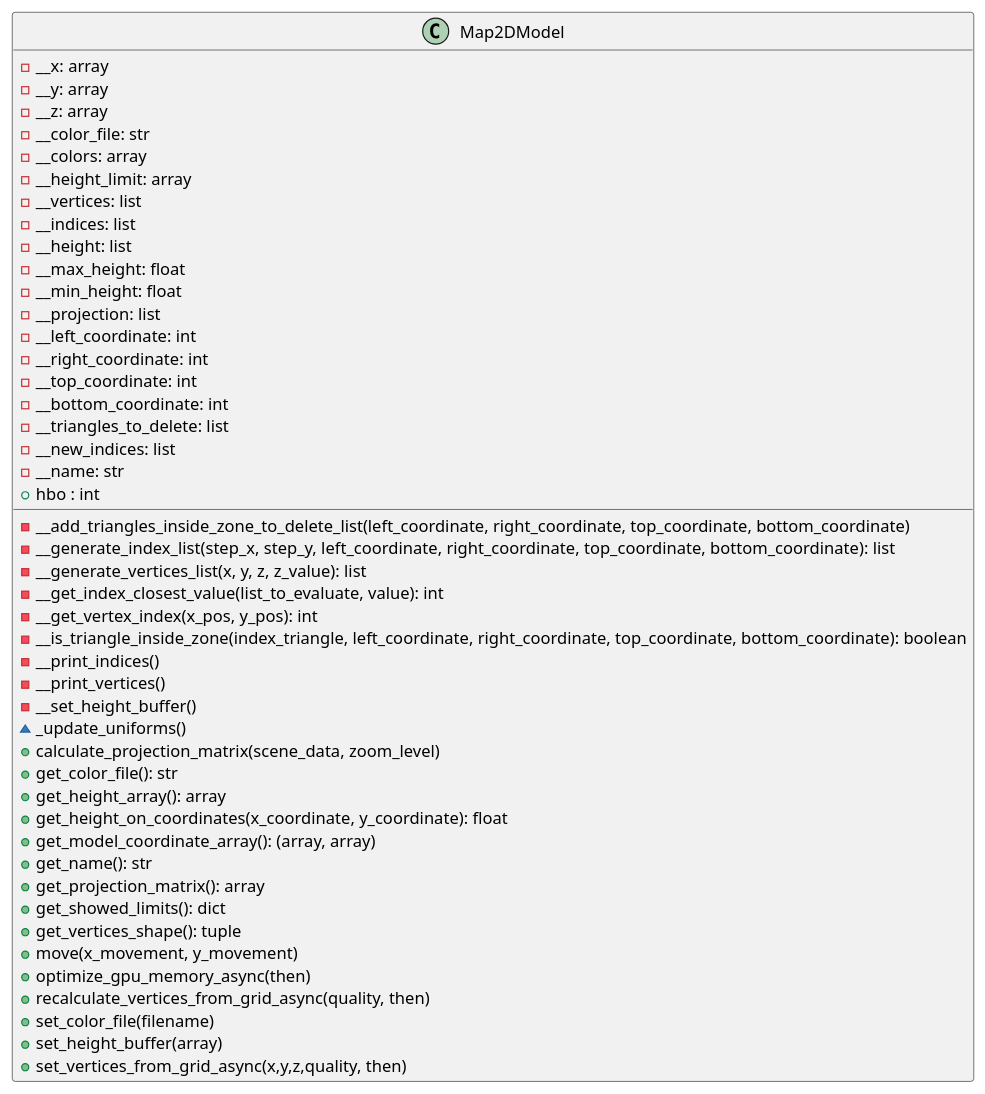
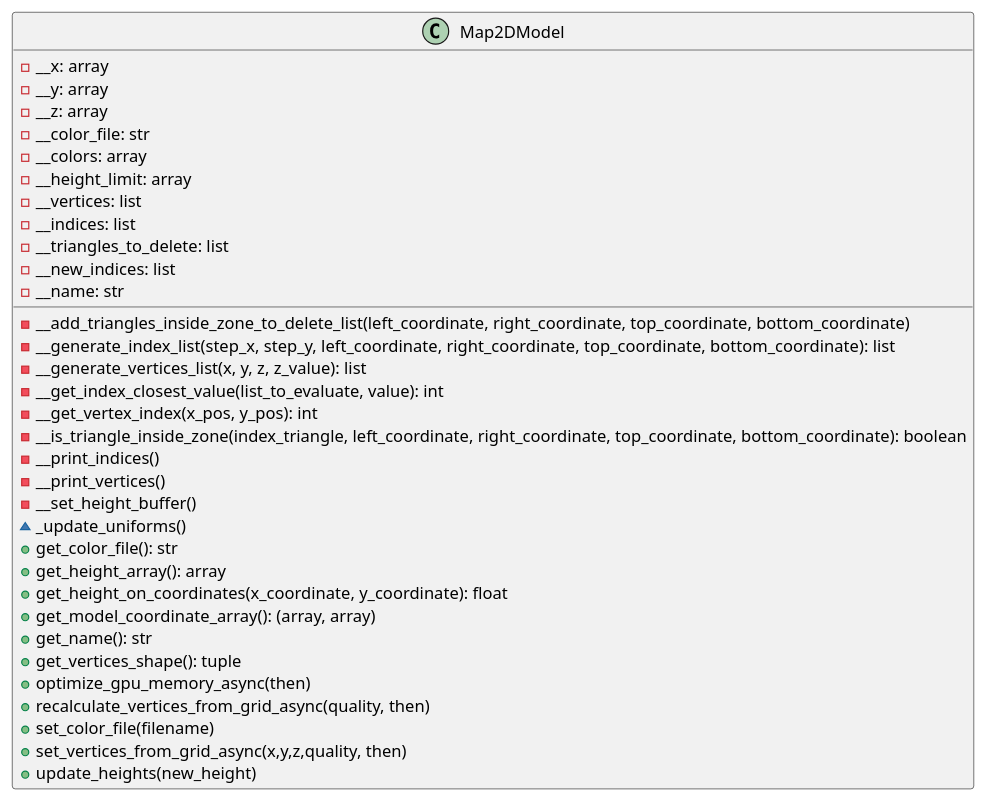
One commit to ferpoble2/Relief_Creator changed the diagram in docs/classes/Map2DModel.puml. Above: the diagram before and after it, drawn with PlantUML. The commit also changed 1 other file, not shown here.

```diff
--- a/docs/classes/Map2DModel.puml
+++ b/docs/classes/Map2DModel.puml
@@ -1,52 +1,38 @@
 @startuml
                 class Map2DModel {
                     - __x: array
                     - __y: array
                     - __z: array
                     - __color_file: str
                     - __colors: array
                     - __height_limit: array
                     - __vertices: list
                     - __indices: list
-                    - __height: list
-                    - __max_height: float
-                    - __min_height: float
-                    - __projection: list
-                    - __left_coordinate: int
-                    - __right_coordinate: int
-                    - __top_coordinate: int
-                    - __bottom_coordinate: int
                     - __triangles_to_delete: list
                     - __new_indices: list
                     - __name: str
-                    + hbo : int
 
 
                     - __add_triangles_inside_zone_to_delete_list(left_coordinate, right_coordinate, top_coordinate, bottom_coordinate)
                     - __generate_index_list(step_x, step_y, left_coordinate, right_coordinate, top_coordinate, bottom_coordinate): list
                     - __generate_vertices_list(x, y, z, z_value): list
                     - __get_index_closest_value(list_to_evaluate, value): int
                     - __get_vertex_index(x_pos, y_pos): int
                     - __is_triangle_inside_zone(index_triangle, left_coordinate, right_coordinate, top_coordinate, bottom_coordinate): boolean
                     - __print_indices()
                     - __print_vertices()
                     - __set_height_buffer()
                     ~ _update_uniforms()
-                    + calculate_projection_matrix(scene_data, zoom_level)
                     + get_color_file(): str
                     + get_height_array(): array
                     + get_height_on_coordinates(x_coordinate, y_coordinate): float
                     + get_model_coordinate_array(): (array, array)
                     + get_name(): str
-                    + get_projection_matrix(): array
-                    + get_showed_limits(): dict
                     + get_vertices_shape(): tuple
-                    + move(x_movement, y_movement)
                     + optimize_gpu_memory_async(then)
                     + recalculate_vertices_from_grid_async(quality, then)
                     + set_color_file(filename)
-                    + set_height_buffer(array)
                     + set_vertices_from_grid_async(x,y,z,quality, then)
-
+                    + update_heights(new_height)
                 }
 @enduml
```
